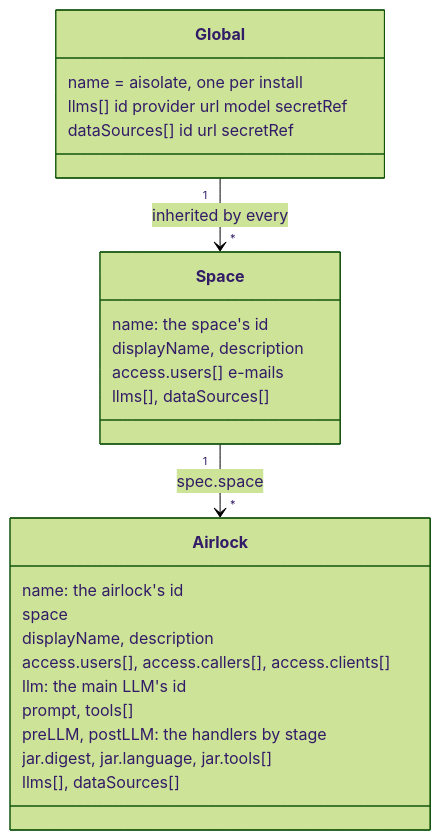
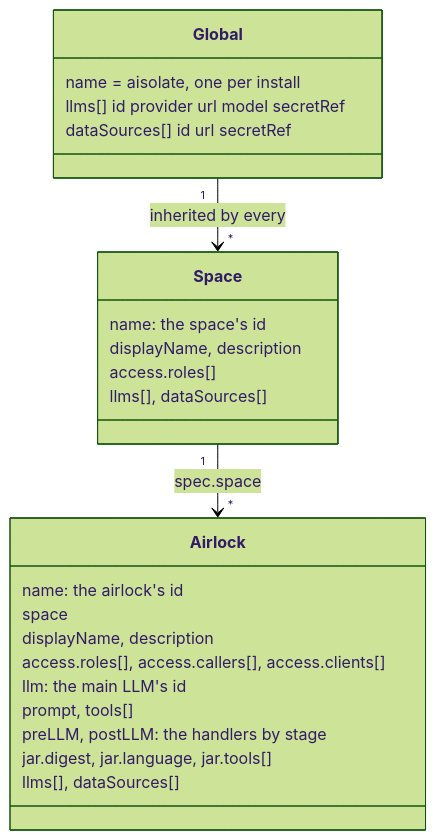
One commit to reportix/aisolate changed the first of 3 diagrams in docs/data-model.md. Above: the diagram before and after it, drawn with Mermaid (forest theme). The commit also changed other lines of this file and 15 other files, not shown here.

````diff
--- a/docs/data-model.md
+++ b/docs/data-model.md
@@ -24,27 +24,27 @@
 ```mermaid
 classDiagram
     class Global {
         name = aisolate, one per install
         llms[] id provider url model secretRef
         dataSources[] id url secretRef
     }
     class Space {
         name: the space's id
         displayName, description
-        access.users[] e-mails
+        access.roles[]
         llms[], dataSources[]
     }
     class Airlock {
         name: the airlock's id
         space
         displayName, description
-        access.users[], access.callers[], access.clients[]
+        access.roles[], access.callers[], access.clients[]
         llm: the main LLM's id
         prompt, tools[]
         preLLM, postLLM: the handlers by stage
         jar.digest, jar.language, jar.tools[]
         llms[], dataSources[]
     }
     Space "1" --> "*" Airlock : spec.space
     Global "1" --> "*" Space : inherited by every
 ```
````
